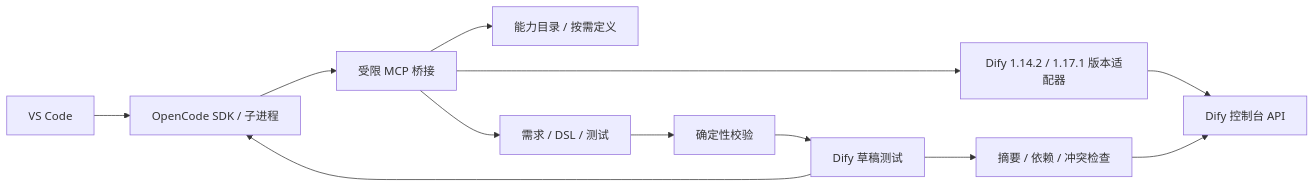
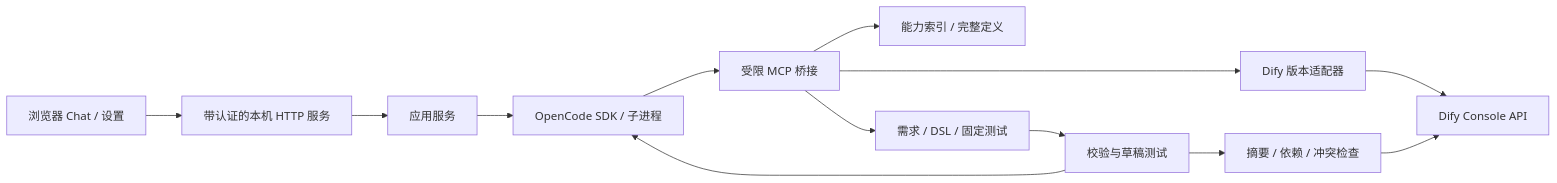
Before and after one commit to WeiBiran/aladdin-dify-copilot: the diagram in docs/architecture.zh-CN.md, drawn with Mermaid. The commit also changed other lines of this file and 55 other files, not shown here.

````diff
--- a/docs/architecture.zh-CN.md
+++ b/docs/architecture.zh-CN.md
@@ -7,14 +7,15 @@
 ```mermaid
 flowchart LR
-    UI[VS Code] --> E[OpenCode SDK / 子进程]
+    B[浏览器 Chat / 设置] --> W[带认证的本机 HTTP 服务]
+    W --> S[应用服务]
+    S --> E[OpenCode SDK / 子进程]
     E --> M[受限 MCP 桥接]
-    M --> C[能力目录 / 按需定义]
-    M --> A[Dify 1.14.2 / 1.17.1 版本适配器]
-    A --> D[Dify 控制台 API]
-    M --> P[需求 / DSL / 测试]
-    P --> V[确定性校验]
-    V --> T[Dify 草稿测试]
-    T --> E
-    T --> G[摘要 / 依赖 / 冲突检查]
+    M --> C[能力索引 / 完整定义]
+    M --> A[Dify 版本适配器]
+    A --> D[Dify Console API]
+    M --> P[需求 / DSL / 固定测试]
+    P --> V[校验与草稿测试]
+    V --> E
+    V --> G[摘要 / 依赖 / 冲突检查]
     G --> D
 ```
````
